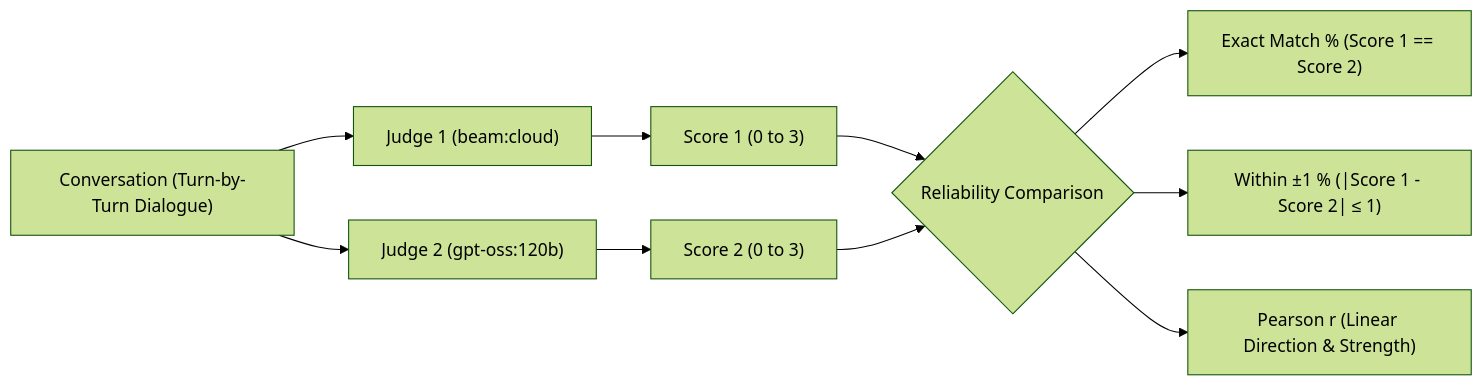
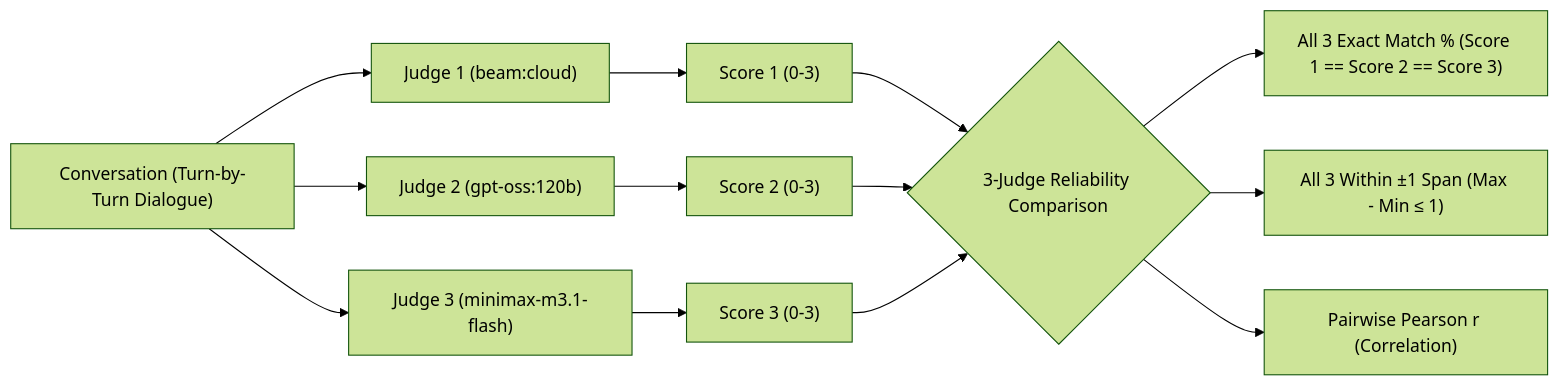
Before and after one commit to asn1O/Socratic_AI_judge_pipeline: the diagram in analytics/EXECUTIVE_SUMMARY.md, drawn with Mermaid (forest theme). The commit also changed other lines of this file and 29 other files, not shown here.

````diff
--- a/analytics/EXECUTIVE_SUMMARY.md
+++ b/analytics/EXECUTIVE_SUMMARY.md
@@ -17,11 +16,13 @@
 ```mermaid
 flowchart LR
     A["Conversation (Turn-by-Turn Dialogue)"] --> B["Judge 1 (beam:cloud)"]
     A --> C["Judge 2 (gpt-oss:120b)"]
-    B --> D["Score 1 (0 to 3)"]
-    C --> E["Score 2 (0 to 3)"]
-    D & E --> F{"Reliability Comparison"}
-    F --> G["Exact Match % (Score 1 == Score 2)"]
-    F --> H["Within ±1 % (|Score 1 - Score 2| ≤ 1)"]
-    F --> I["Pearson r (Linear Direction & Strength)"]
+    A --> D["Judge 3 (minimax-m3.1-flash)"]
+    B --> E["Score 1 (0-3)"]
+    C --> F["Score 2 (0-3)"]
+    D --> G["Score 3 (0-3)"]
+    E & F & G --> H{"3-Judge Reliability Comparison"}
+    H --> I["All 3 Exact Match % (Score 1 == Score 2 == Score 3)"]
+    H --> J["All 3 Within ±1 Span (Max - Min ≤ 1)"]
+    H --> K["Pairwise Pearson r (Correlation)"]
 ```
````
